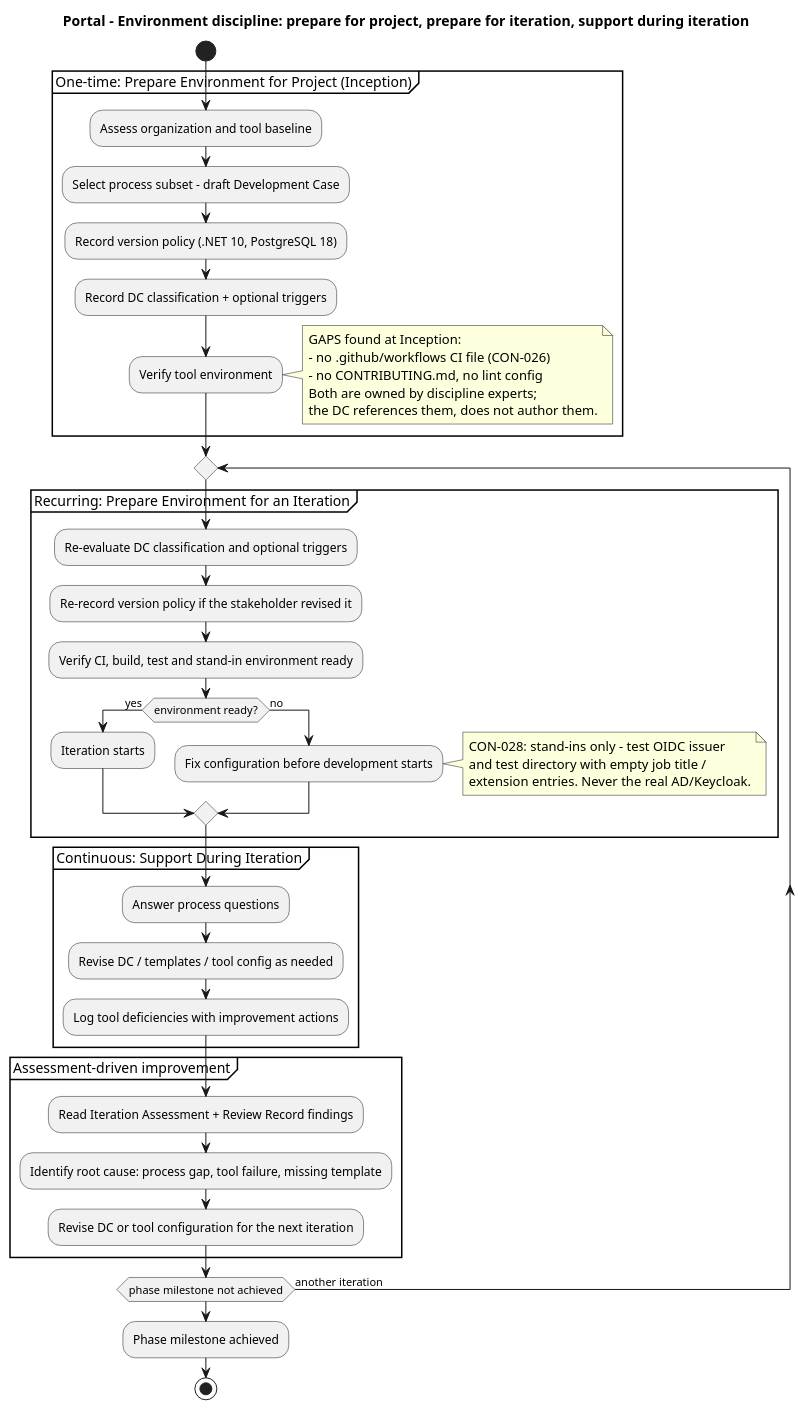
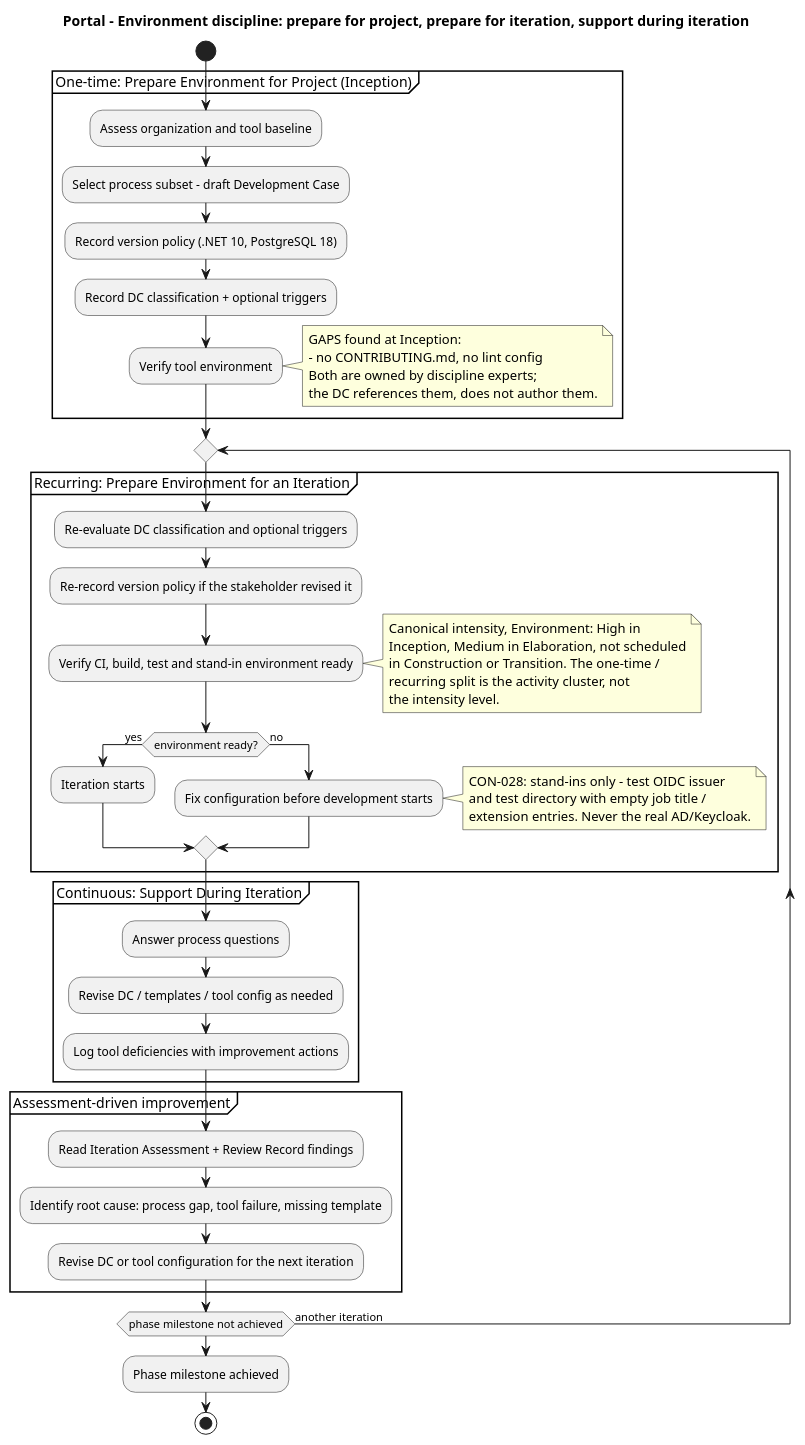
Before and after one commit to banense-test/portal: the fourth of 5 diagrams in docs/artifacts/environment/development-case.md, drawn with PlantUML. The commit also changed other lines of this file, not shown here.

````diff
--- a/docs/artifacts/environment/development-case.md
+++ b/docs/artifacts/environment/development-case.md
@@ -424,51 +426,57 @@
 ```plantuml
 @startuml DC_EnvIteration
 title Portal - Environment discipline: prepare for project, prepare for iteration, support during iteration
 
 start
 partition "One-time: Prepare Environment for Project (Inception)" {
   :Assess organization and tool baseline;
   :Select process subset - draft Development Case;
   :Record version policy (.NET 10, PostgreSQL 18);
   :Record DC classification + optional triggers;
   :Verify tool environment;
   note right
     GAPS found at Inception:
-    - no .github/workflows CI file (CON-026)
     - no CONTRIBUTING.md, no lint config
     Both are owned by discipline experts;
     the DC references them, does not author them.
   end note
 }
 
 repeat
   partition "Recurring: Prepare Environment for an Iteration" {
     :Re-evaluate DC classification and optional triggers;
     :Re-record version policy if the stakeholder revised it;
     :Verify CI, build, test and stand-in environment ready;
+    note right
+      Canonical intensity, Environment: High in
+      Inception, Medium in Elaboration, not scheduled
+      in Construction or Transition. The one-time /
+      recurring split is the activity cluster, not
+      the intensity level.
+    end note
     if (environment ready?) then (yes)
       :Iteration starts;
     else (no)
       :Fix configuration before development starts;
       note right
         CON-028: stand-ins only - test OIDC issuer
         and test directory with empty job title /
         extension entries. Never the real AD/Keycloak.
       end note
     endif
   }
   partition "Continuous: Support During Iteration" {
     :Answer process questions;
     :Revise DC / templates / tool config as needed;
     :Log tool deficiencies with improvement actions;
   }
   partition "Assessment-driven improvement" {
     :Read Iteration Assessment + Review Record findings;
     :Identify root cause: process gap, tool failure, missing template;
     :Revise DC or tool configuration for the next iteration;
   }
 repeat while (phase milestone not achieved) is (another iteration)
 :Phase milestone achieved;
 stop
 @enduml
 ```
````
